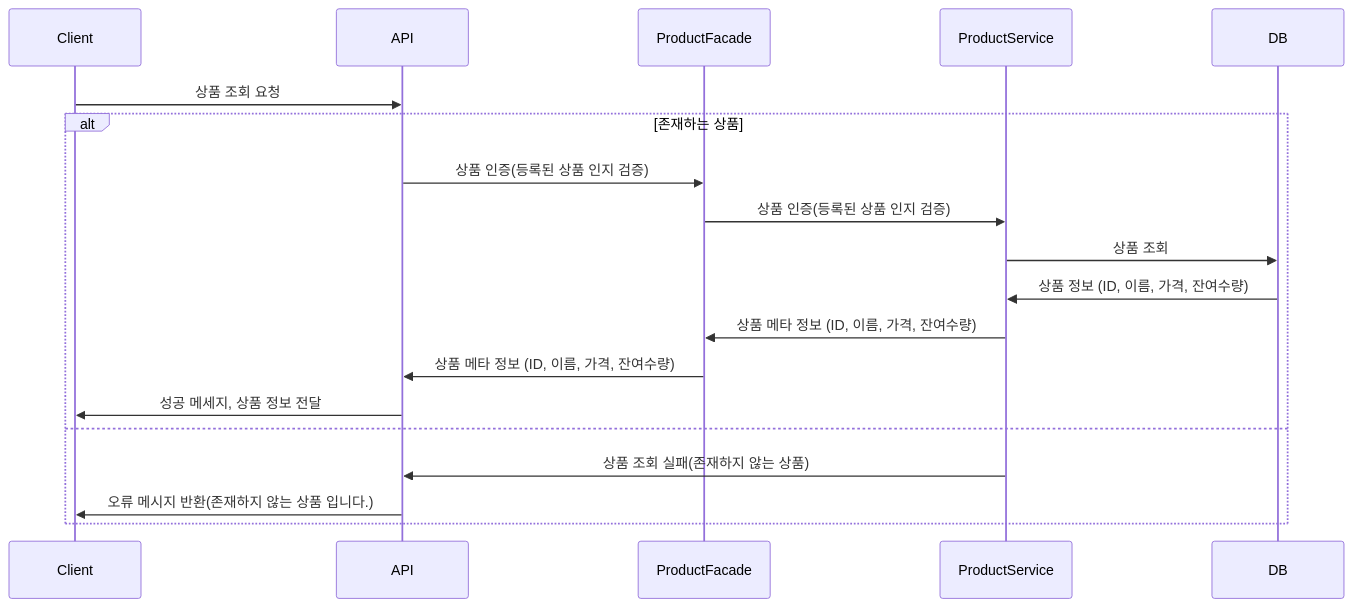
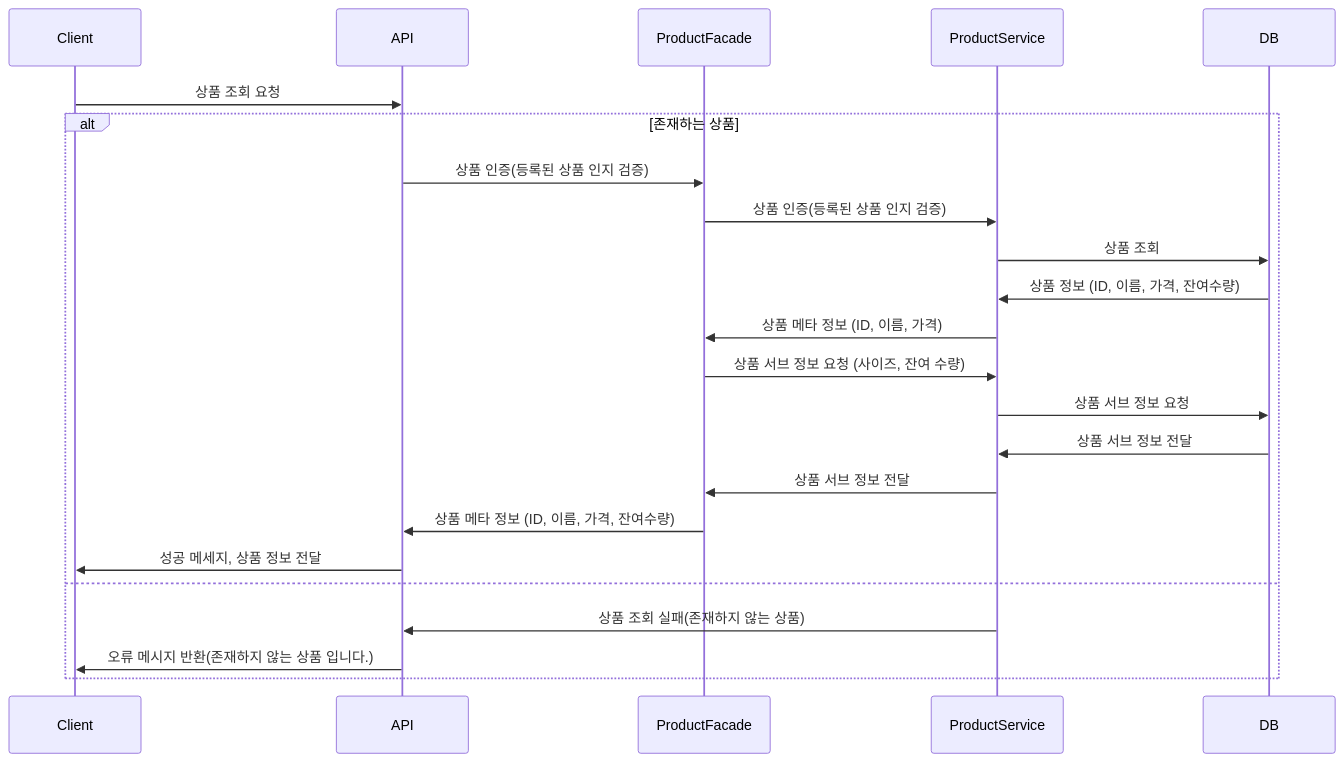
The third of 9 diagrams in docs/EventSequence.md (LeeJeongGi/hhplus-03-ecommerce), drawn with Mermaid before and after one commit. The commit also changed other lines of this file and 125 other files, not shown here.

````diff
--- a/docs/EventSequence.md
+++ b/docs/EventSequence.md
@@ -70,22 +66,26 @@
 ```mermaid
 sequenceDiagram
     participant Client
     participant API
     participant ProductFacade
     participant ProductService
     participant DB
 
     Client ->> API: 상품 조회 요청
     alt 존재하는 상품
         API ->> ProductFacade: 상품 인증(등록된 상품 인지 검증)
         ProductFacade ->> ProductService: 상품 인증(등록된 상품 인지 검증)
         ProductService ->> DB: 상품 조회
         DB ->> ProductService: 상품 정보 (ID, 이름, 가격, 잔여수량)
-        ProductService ->> ProductFacade: 상품 메타 정보 (ID, 이름, 가격, 잔여수량)
+        ProductService ->> ProductFacade: 상품 메타 정보 (ID, 이름, 가격)
+        ProductFacade ->> ProductService: 상품 서브 정보 요청 (사이즈, 잔여 수량)
+        ProductService ->> DB: 상품 서브 정보 요청
+        DB ->> ProductService: 상품 서브 정보 전달
+        ProductService ->> ProductFacade: 상품 서브 정보 전달
         ProductFacade ->> API: 상품 메타 정보 (ID, 이름, 가격, 잔여수량)
         API ->> Client: 성공 메세지, 상품 정보 전달
     else
         ProductService ->> API: 상품 조회 실패(존재하지 않는 상품)
         API ->> Client: 오류 메시지 반환(존재하지 않는 상품 입니다.)
     end
 ```
````
